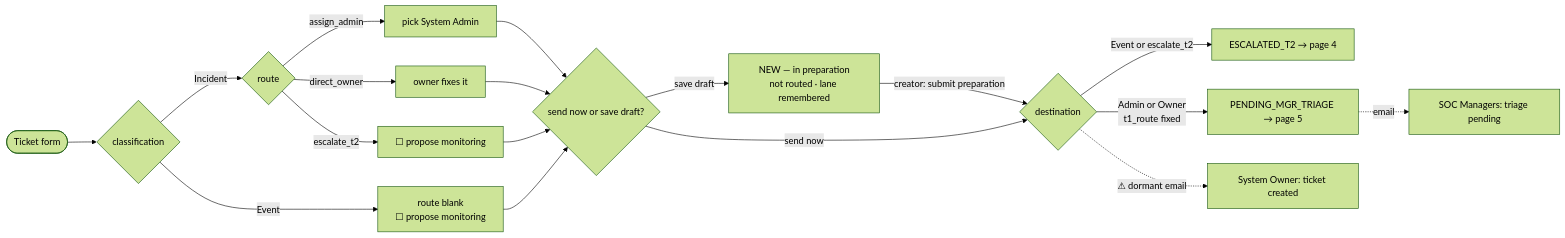
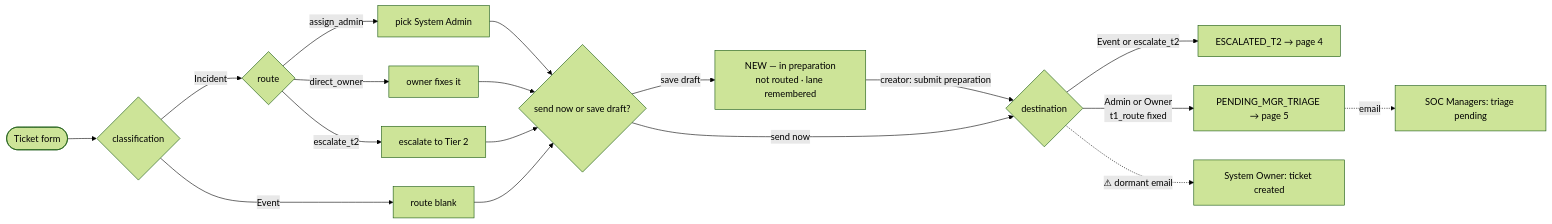
The third of 11 diagrams in docs/architecture/soc-end-to-end-workflow.md (Getter939/SOC_Ticket), drawn with Mermaid (forest theme) before and after one commit. The commit also changed other lines of this file and 45 other files, not shown here.

````diff
--- a/docs/architecture/soc-end-to-end-workflow.md
+++ b/docs/architecture/soc-end-to-end-workflow.md
@@ -113,17 +113,17 @@
 ```mermaid
 flowchart LR
     F([Ticket form]) --> C{classification}
     C -->|Incident| R{route}
-    C -->|Event| E[route blank<br/>☐ propose monitoring]
+    C -->|Event| E[route blank]
     R -->|assign_admin| RA[pick System Admin]
     R -->|direct_owner| RO[owner fixes it]
-    R -->|escalate_t2| RT[☐ propose monitoring]
+    R -->|escalate_t2| RT[escalate to Tier 2]
     RA & RO & RT & E --> SN{send now or save draft?}
     SN -->|save draft| NEW[NEW — in preparation<br/>not routed · lane remembered]
     NEW -->|creator: submit preparation| DST
     SN -->|send now| DST{destination}
     DST -->|Event or escalate_t2| ESC[ESCALATED_T2 → page 4]
     DST -->|Admin or Owner<br/>t1_route fixed| MT[PENDING_MGR_TRIAGE → page 5]
     DST -.->|⚠ dormant email| M1[System Owner: ticket created]
     MT -.->|email| M2[SOC Managers: triage pending]
 ```
````
